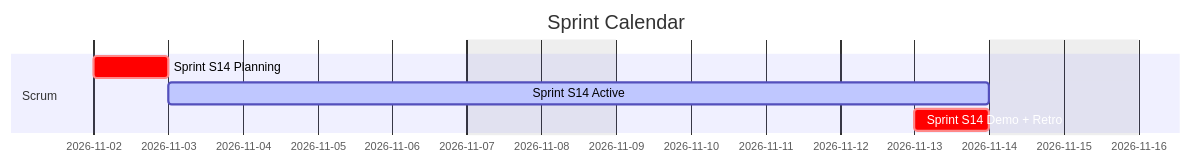
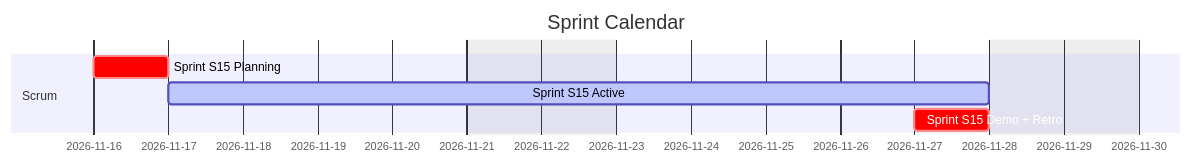
One commit to Katty-Fashion/kf-cpto changed the first of 2 diagrams in docs/index.md. Above: the diagram before and after it, drawn with Mermaid. The commit also changed 16 other files, not shown here.

````diff
--- a/docs/index.md
+++ b/docs/index.md
@@ -61,11 +61,11 @@
 ```mermaid
 gantt
     title Sprint Calendar
     dateFormat YYYY-MM-DD
     excludes weekends
 
     section Scrum
-    Sprint S14 Planning        :crit, 2026-11-02, 1d
-    Sprint S14 Active          :active, 2026-11-03, 9d
-    Sprint S14 Demo + Retro    :crit, 2026-11-13, 1d
+    Sprint S15 Planning        :crit, 2026-11-16, 1d
+    Sprint S15 Active          :active, 2026-11-17, 9d
+    Sprint S15 Demo + Retro    :crit, 2026-11-27, 1d
 ```
````
